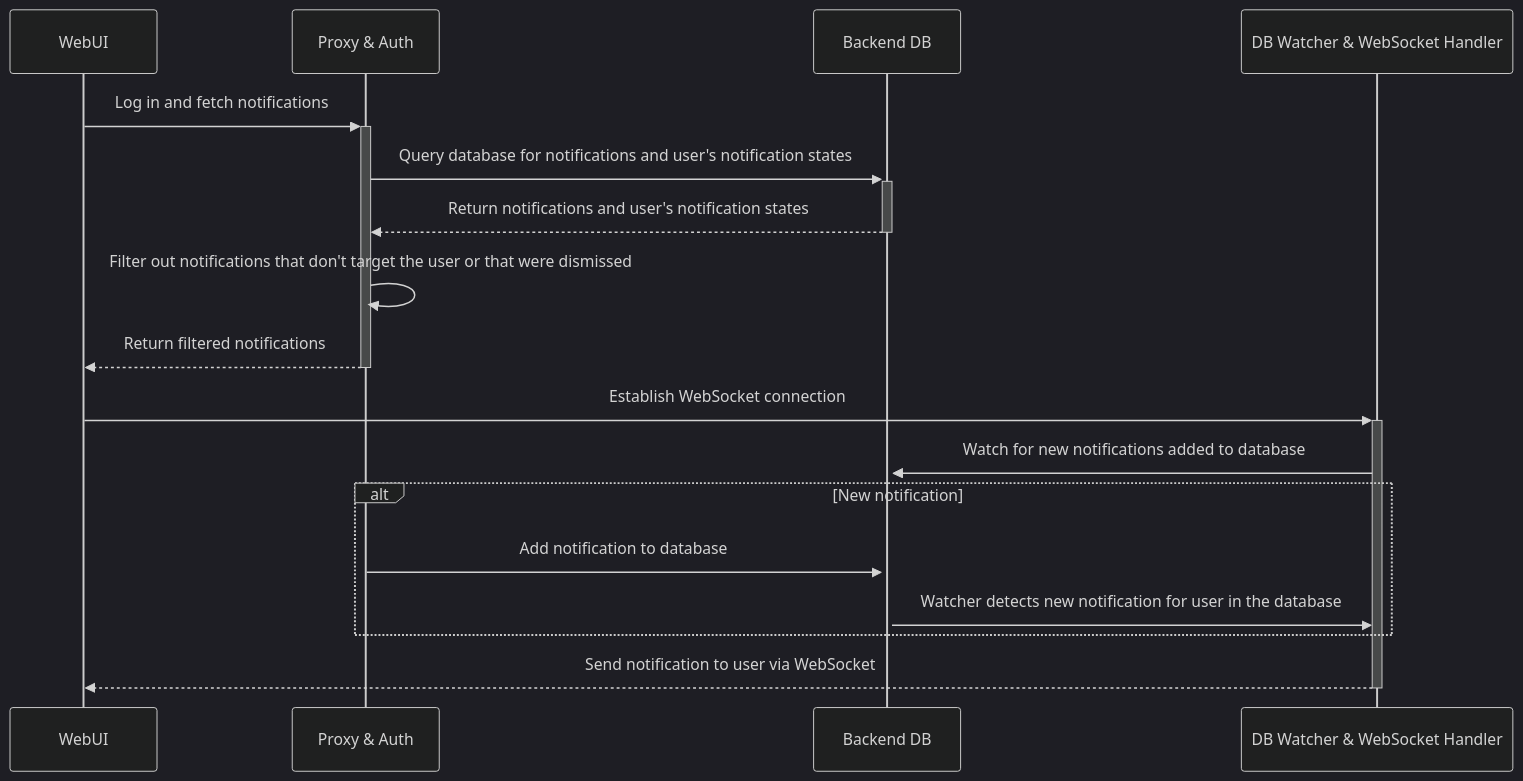
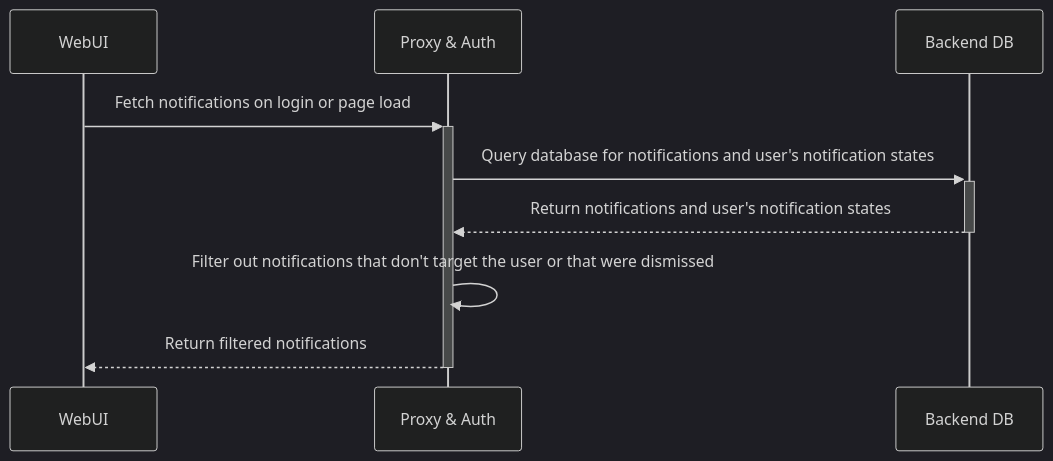
Before and after one commit to kiosc-france/teleport: the diagram in rfd/0156-notifications.md, drawn with Mermaid (dark theme). The commit also changed other lines of this file, not shown here.

````diff
--- a/rfd/0156-notifications.md
+++ b/rfd/0156-notifications.md
@@ -290,22 +313,12 @@
 ```mermaid
 sequenceDiagram
    participant WebUI
    participant ProxyAuth as Proxy & Auth
    participant BackendDB as Backend DB
-   participant DBWatcher as DB Watcher & WebSocket Handler
 
-   WebUI->>+ProxyAuth: Log in and fetch notifications
+   WebUI->>+ProxyAuth: Fetch notifications on login or page load
    ProxyAuth->>+BackendDB: Query database for notifications and user's notification states
    BackendDB-->>-ProxyAuth: Return notifications and user's notification states
    ProxyAuth->>ProxyAuth: Filter out notifications that don't target the user or that were dismissed
    ProxyAuth-->>-WebUI: Return filtered notifications
-   WebUI->>+DBWatcher: Establish WebSocket connection
-   DBWatcher->>+BackendDB: Watch for new notifications added  to database
-
-   alt New notification
-      ProxyAuth->>BackendDB: Add notification to database
-      BackendDB->>DBWatcher: Watcher detects new notification for user in the database
-   end
-
-   DBWatcher-->>-WebUI: Send notification to user via WebSocket
 ```
````
